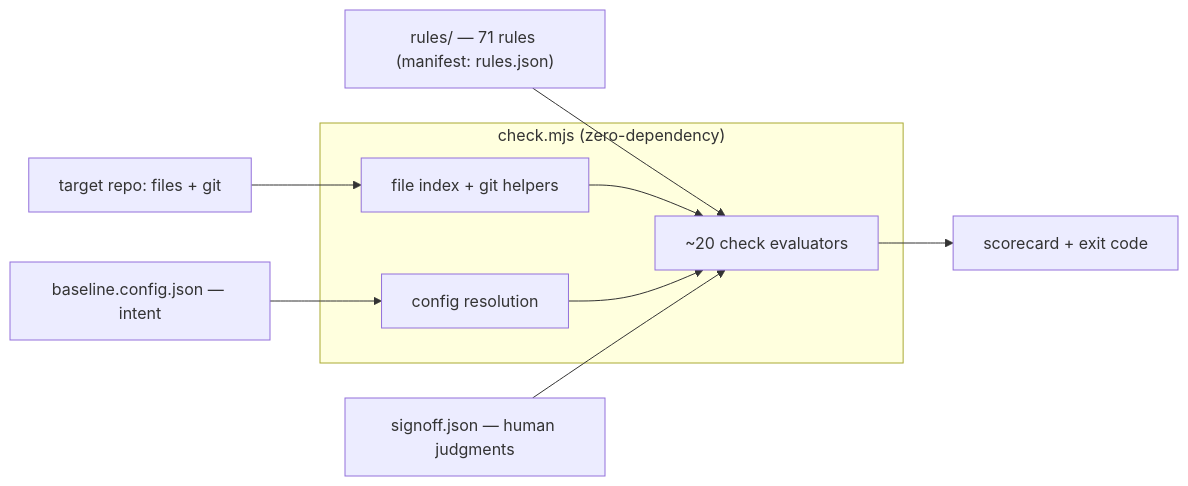
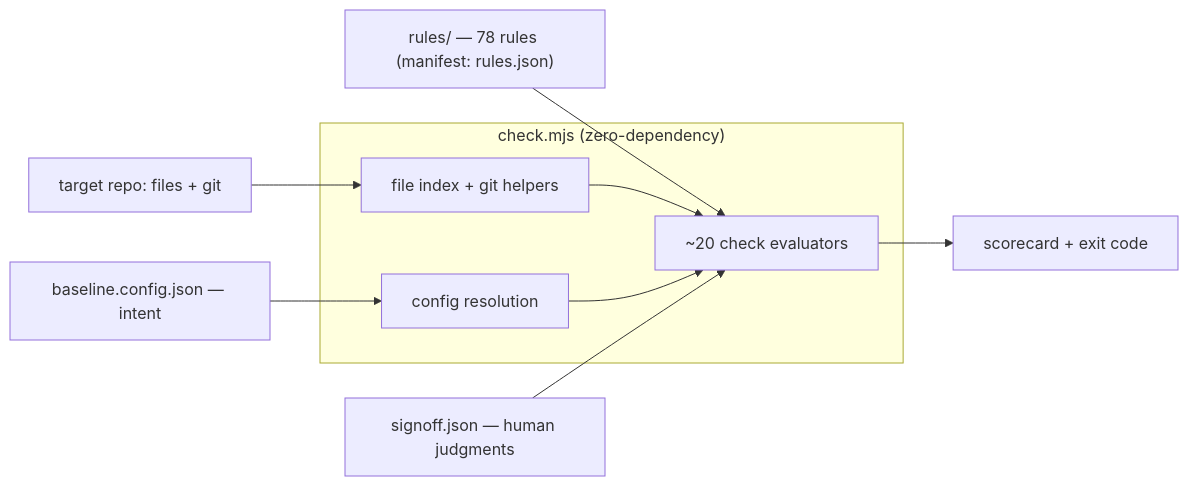
The first of 3 diagrams in REFERENCE.md (AdarGit008/baseline-skill), drawn with Mermaid before and after one commit. The commit also changed other lines of this file and 11 other files, not shown here.

````diff
--- a/REFERENCE.md
+++ b/REFERENCE.md
@@ -58,12 +58,12 @@
 ```mermaid
 flowchart LR
   CFG["baseline.config.json — intent"] --> RES
-  RULES["rules/ — 71 rules (manifest: rules.json)"] --> EVAL
+  RULES["rules/ — 78 rules (manifest: rules.json)"] --> EVAL
   REPO["target repo: files + git"] --> IDX
   subgraph ENGINE["check.mjs (zero-dependency)"]
     IDX["file index + git helpers"] --> EVAL["~20 check evaluators"]
     RES["config resolution"] --> EVAL
   end
   SO["signoff.json — human judgments"] --> EVAL
   EVAL --> OUT["scorecard + exit code"]
 ```
````
